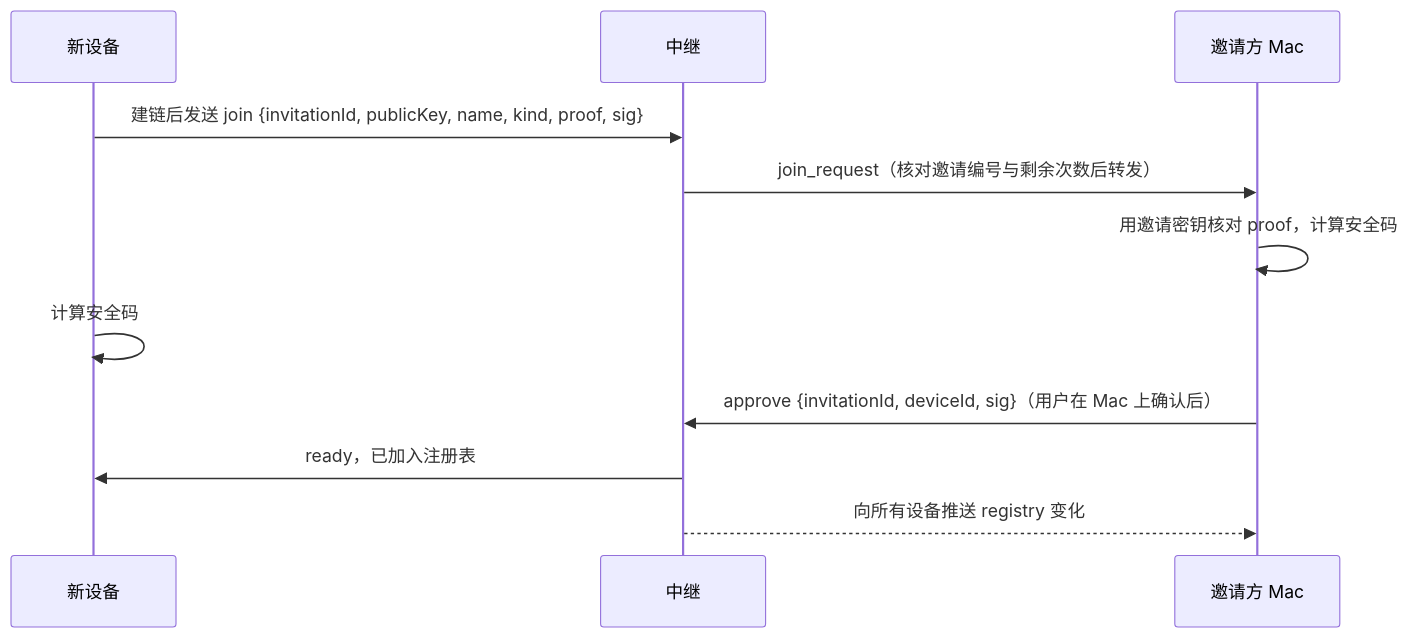
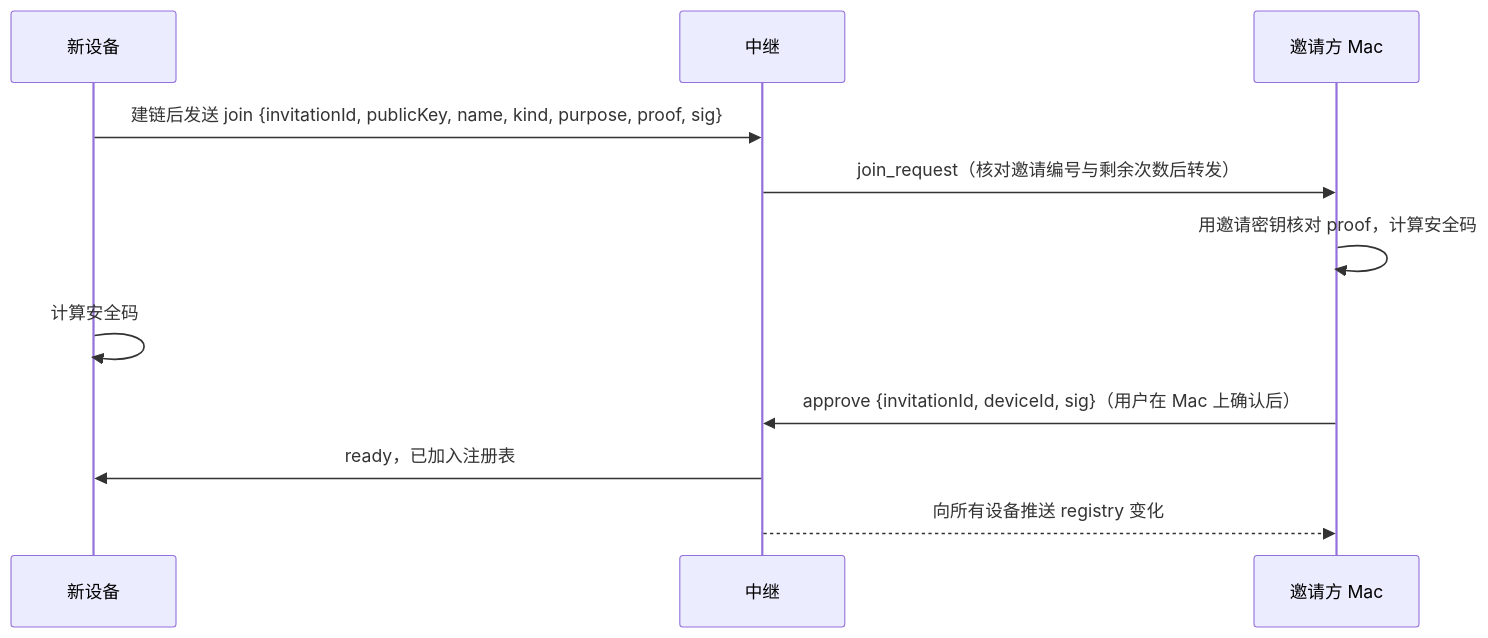
Before and after one commit to qx0657/phone-station: the third of 3 diagrams in docs/link-v2.md, drawn with Mermaid. The commit also changed other lines of this file and 13 other files, not shown here.

````diff
--- a/docs/link-v2.md
+++ b/docs/link-v2.md
@@ -256,13 +256,13 @@
 ```mermaid
 sequenceDiagram
   participant N as 新设备
   participant R as 中继
   participant M as 邀请方 Mac
-  N->>R: 建链后发送 join {invitationId, publicKey, name, kind, proof, sig}
+  N->>R: 建链后发送 join {invitationId, publicKey, name, kind, purpose, proof, sig}
   R->>M: join_request（核对邀请编号与剩余次数后转发）
   M->>M: 用邀请密钥核对 proof，计算安全码
   N->>N: 计算安全码
   M->>R: approve {invitationId, deviceId, sig}（用户在 Mac 上确认后）
   R->>N: ready，已加入注册表
   R-->>M: 向所有设备推送 registry 变化
 ```
````
